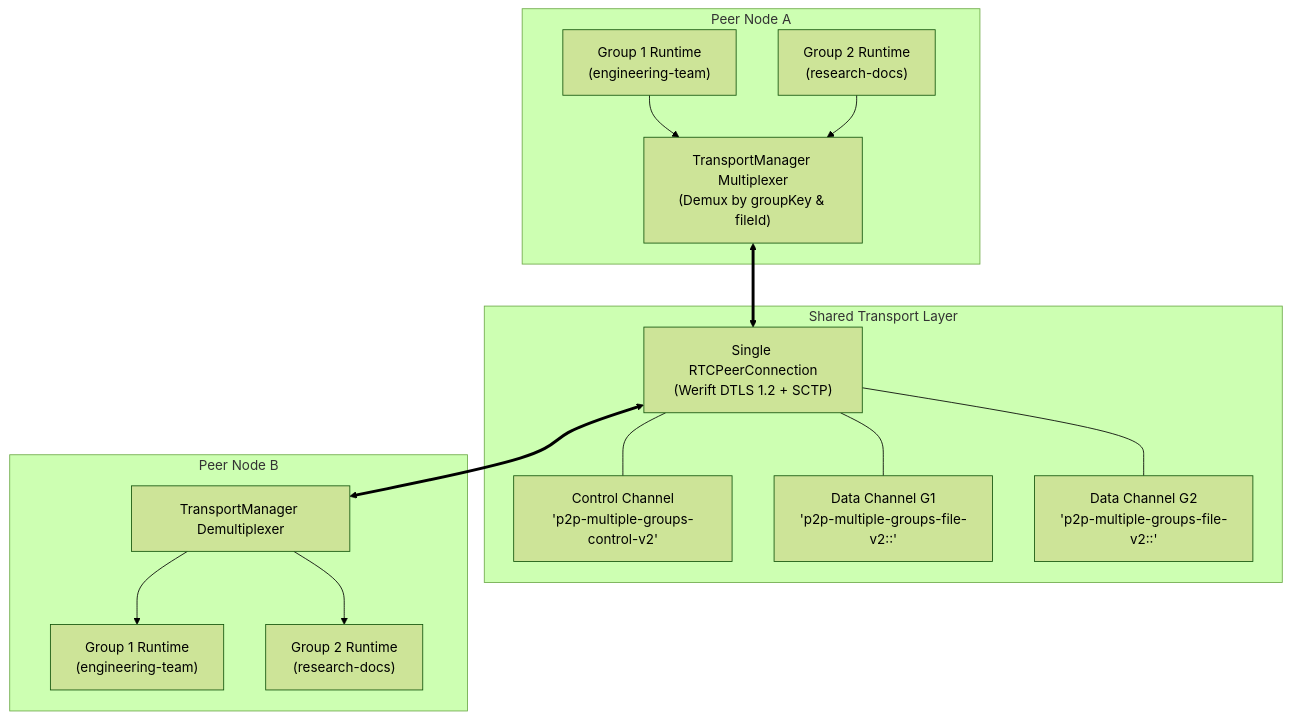
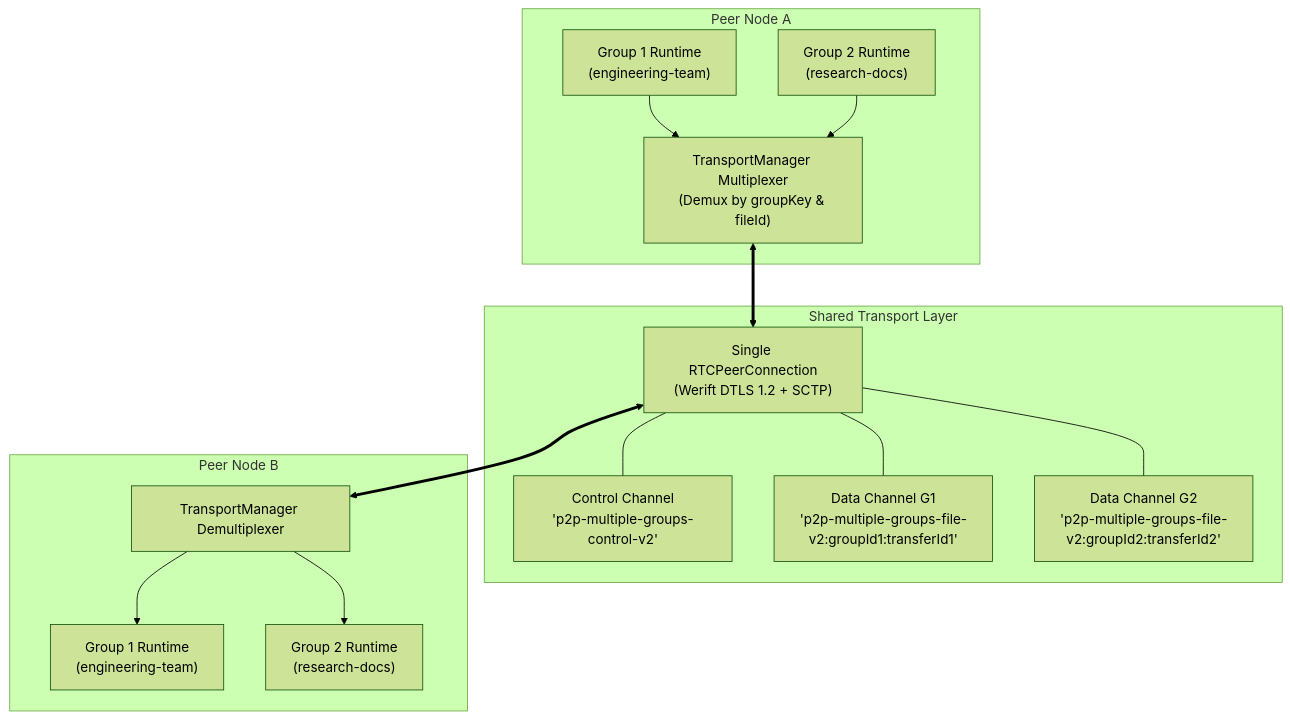
One commit to Megumi2910/p2p-multiple-groups changed the diagram in docs/theory/03-virtual-overlays-and-consensus.md. Above: the diagram before and after it, drawn with Mermaid (forest theme). The commit also changed other lines of this file and 45 other files, not shown here.

````diff
--- a/docs/theory/03-virtual-overlays-and-consensus.md
+++ b/docs/theory/03-virtual-overlays-and-consensus.md
@@ -22,31 +22,31 @@
 ```mermaid
 flowchart TD
     subgraph HostA["Peer Node A"]
         G1_A["Group 1 Runtime\n(engineering-team)"]
         G2_A["Group 2 Runtime\n(research-docs)"]
         MUX["TransportManager Multiplexer\n(Demux by groupKey & fileId)"]
         G1_A --> MUX
         G2_A --> MUX
     end
 
     subgraph TransportPipe["Shared Transport Layer"]
         PC["Single RTCPeerConnection\n(Werift DTLS 1.2 + SCTP)"]
         DC_CTRL["Control Channel\n'p2p-multiple-groups-control-v2'"]
-        DC_FILE1["Data Channel G1\n'p2p-multiple-groups-file-v2:<fileId>:<groupKey1>'"]
-        DC_FILE2["Data Channel G2\n'p2p-multiple-groups-file-v2:<fileId>:<groupKey2>'"]
+        DC_FILE1["Data Channel G1\n'p2p-multiple-groups-file-v2:groupId1:transferId1'"]
+        DC_FILE2["Data Channel G2\n'p2p-multiple-groups-file-v2:groupId2:transferId2'"]
         PC --- DC_CTRL
         PC --- DC_FILE1
         PC --- DC_FILE2
     end
 
     subgraph HostB["Peer Node B"]
         DEMUX["TransportManager Demultiplexer"]
         G1_B["Group 1 Runtime\n(engineering-team)"]
         G2_B["Group 2 Runtime\n(research-docs)"]
         DEMUX --> G1_B
         DEMUX --> G2_B
     end
 
     MUX <==> PC
     PC <==> DEMUX
 ```
````
